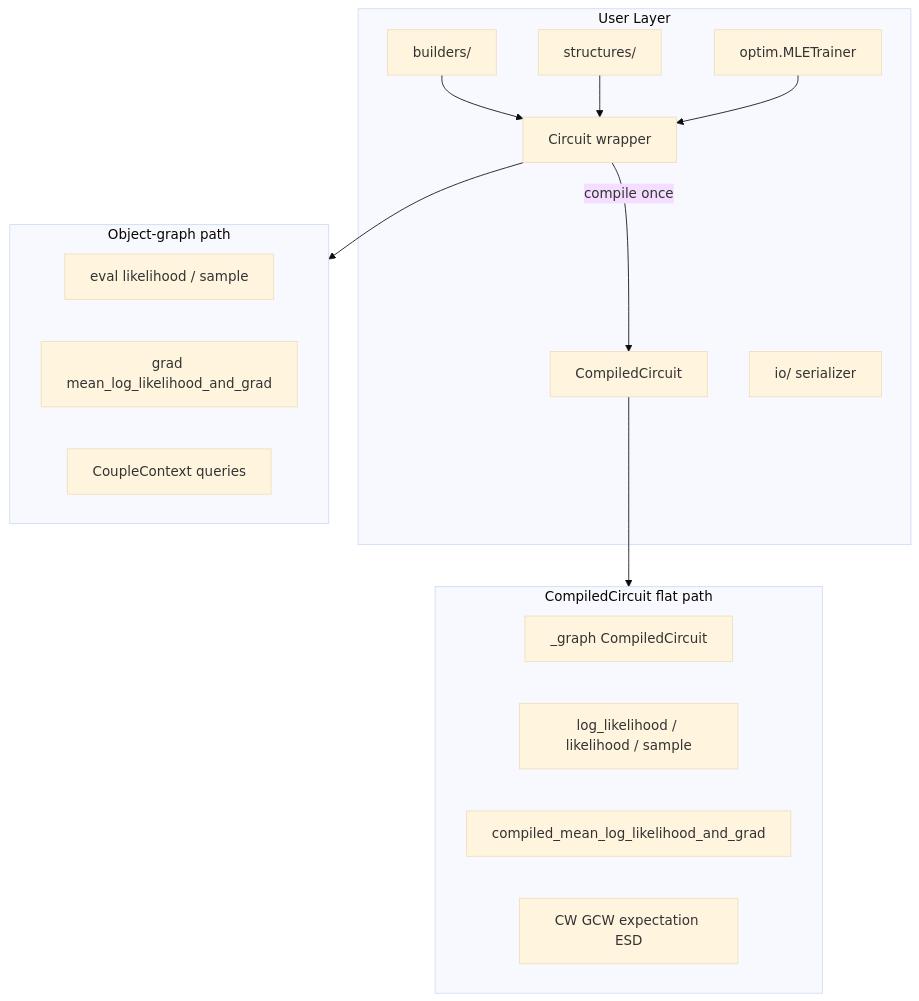
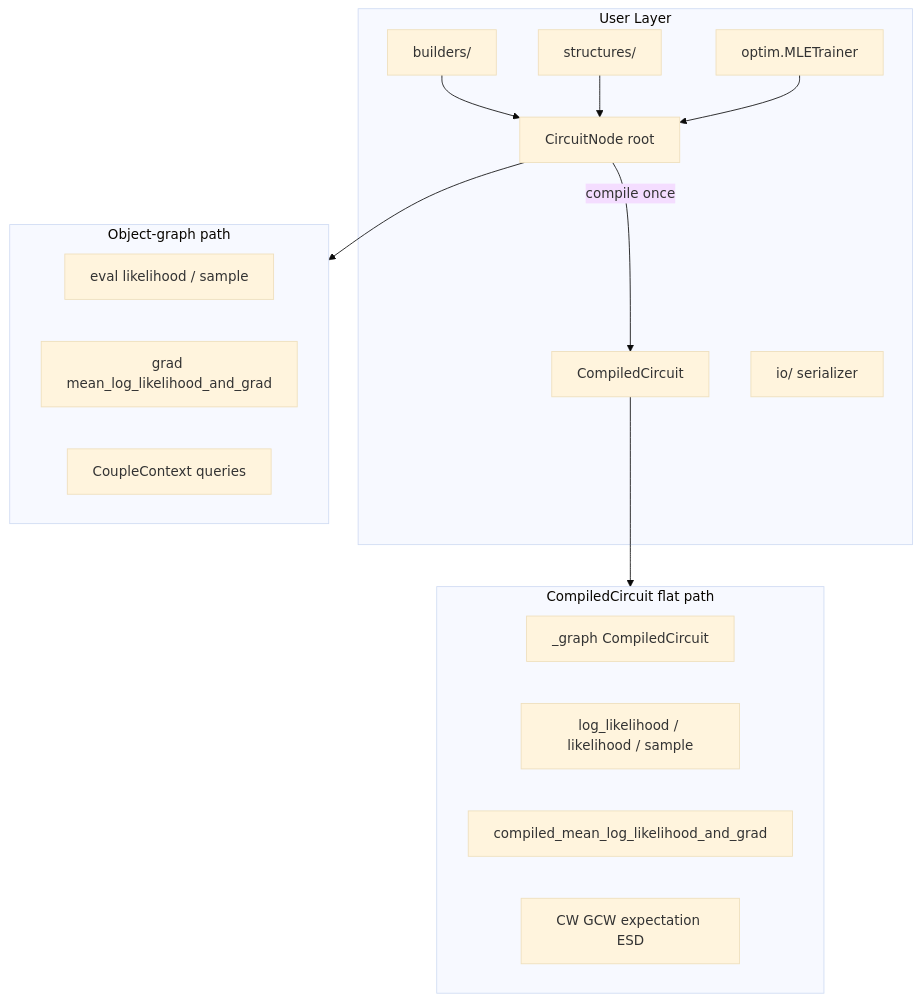
Before and after one commit to aciotinga/SparC: the diagram in docs/handbook/architecture.md, drawn with Mermaid (base theme). The commit also changed other lines of this file and 94 other files, not shown here.

Commit message:
API changes for object graph

````diff
--- a/docs/handbook/architecture.md
+++ b/docs/handbook/architecture.md
@@ -6,31 +6,31 @@
 ```mermaid
 flowchart TB
     subgraph userLayer [User Layer]
-        Circuit[Circuit wrapper]
+        RootNode[CircuitNode root]
         Compiled[CompiledCircuit]
         Builders[builders/]
         Structures[structures/]
         Optim[optim.MLETrainer]
         IO[io/ serializer]
     end
 
     subgraph objectPath [Object-graph path]
         EvalObj[eval likelihood / sample]
         GradObj[grad mean_log_likelihood_and_grad]
         CoupleObj[CoupleContext queries]
     end
 
     subgraph flatPath [CompiledCircuit flat path]
         Graph[_graph CompiledCircuit]
         EvalFlat[log_likelihood / likelihood / sample]
         GradFlat[compiled_mean_log_likelihood_and_grad]
         QueriesFlat[CW GCW expectation ESD]
     end
 
-    Builders --> Circuit
-    Structures --> Circuit
-    Circuit --> objectPath
-    Circuit -->|compile once| Compiled
+    Builders --> RootNode
+    Structures --> RootNode
+    RootNode --> objectPath
+    RootNode -->|compile once| Compiled
     Compiled --> flatPath
-    Optim --> Circuit
+    Optim --> RootNode
 ```
````
